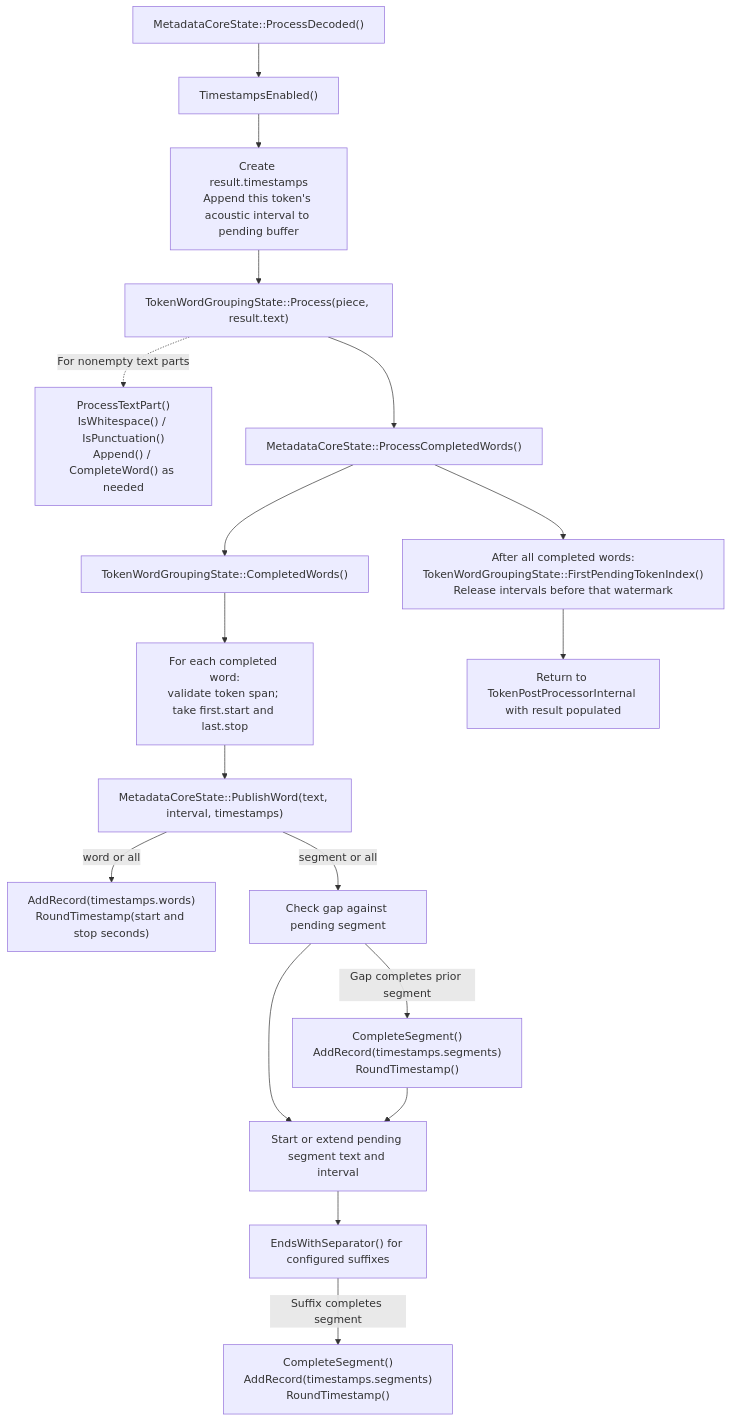
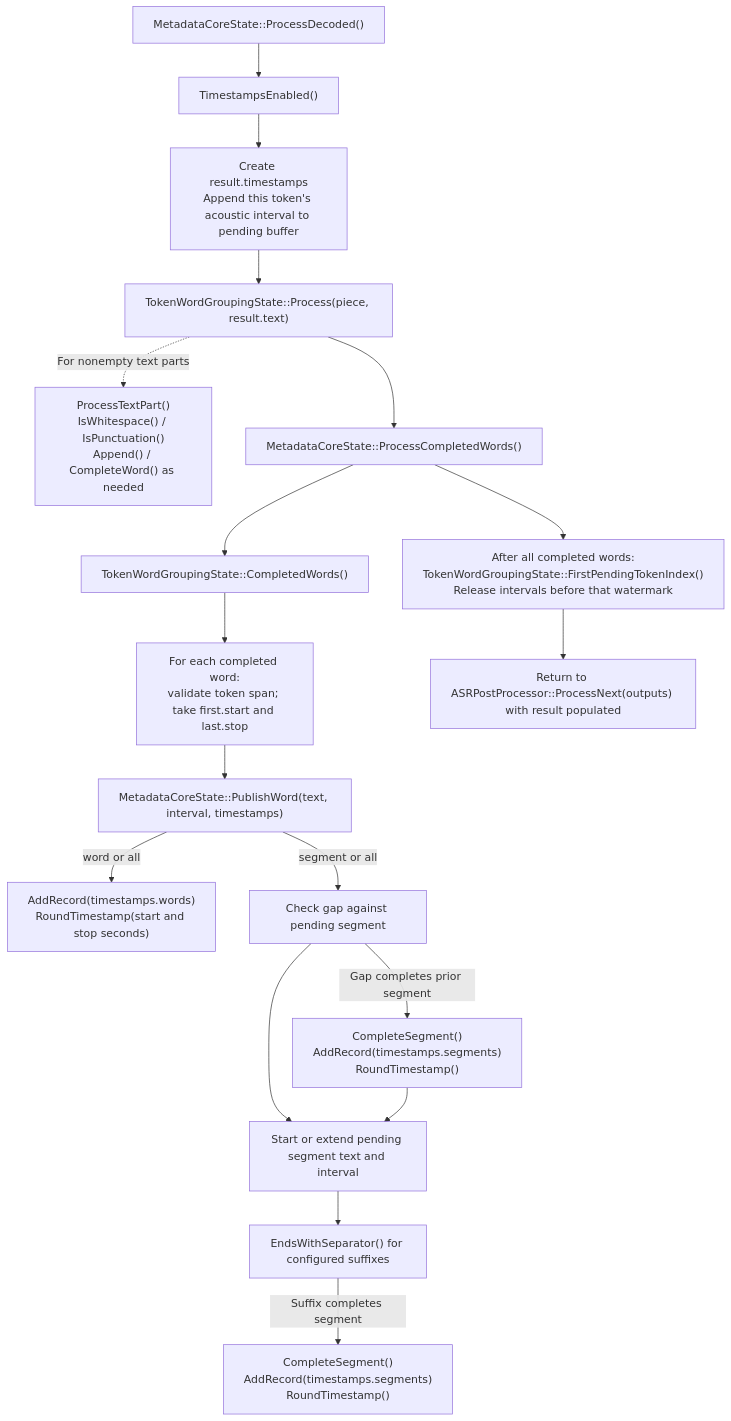
One commit to microsoft/onnxruntime-genai changed the first of 2 diagrams in docs/metadata_decode.md. Above: the diagram before and after it, drawn with Mermaid. The commit also changed other lines of this file and 27 other files, not shown here.

````diff
--- a/docs/metadata_decode.md
+++ b/docs/metadata_decode.md
@@ -155,20 +170,20 @@
 ```mermaid
 flowchart TD
   decoded["MetadataCoreState::ProcessDecoded()"] --> enabled["TimestampsEnabled()"]
   enabled --> retain["Create result.timestamps<br/>Append this token's acoustic interval to pending buffer"]
   retain --> group["TokenWordGroupingState::Process(piece, result.text)"]
   group -.->|For nonempty text parts| parts["ProcessTextPart()<br/>IsWhitespace() / IsPunctuation()<br/>Append() / CompleteWord() as needed"]
   group --> completed["MetadataCoreState::ProcessCompletedWords()"]
   completed --> words["TokenWordGroupingState::CompletedWords()"]
   words --> align["For each completed word:<br/>validate token span; take first.start and last.stop"]
   align --> publish["MetadataCoreState::PublishWord(text, interval, timestamps)"]
   publish -->|word or all| word["AddRecord(timestamps.words)<br/>RoundTimestamp(start and stop seconds)"]
   publish -->|segment or all| gap["Check gap against pending segment"]
   gap -->|Gap completes prior segment| prior["CompleteSegment()<br/>AddRecord(timestamps.segments)<br/>RoundTimestamp()"]
   gap --> pending["Start or extend pending segment text and interval"]
   prior --> pending
   pending --> separator["EndsWithSeparator() for configured suffixes"]
   separator -->|Suffix completes segment| finish["CompleteSegment()<br/>AddRecord(timestamps.segments)<br/>RoundTimestamp()"]
   completed --> release["After all completed words:<br/>TokenWordGroupingState::FirstPendingTokenIndex()<br/>Release intervals before that watermark"]
-  release --> returned["Return to TokenPostProcessorInternal with result populated"]
+  release --> returned["Return to ASRPostProcessor::ProcessNext(outputs) with result populated"]
 ```
````
